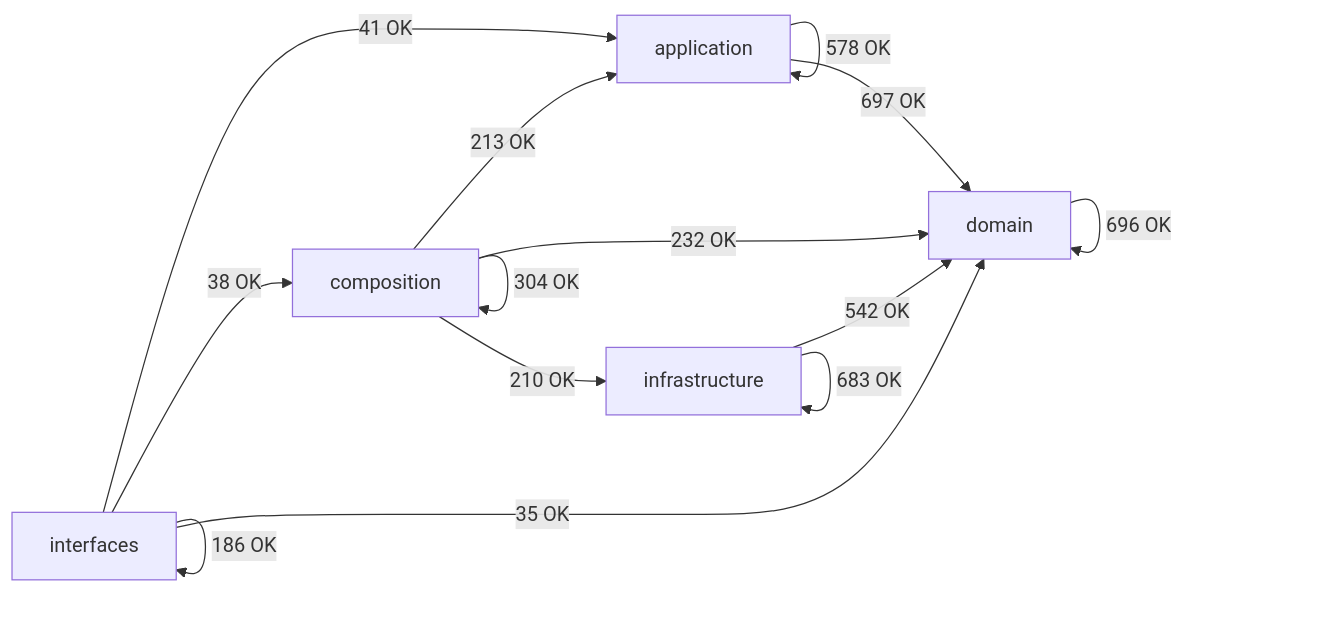
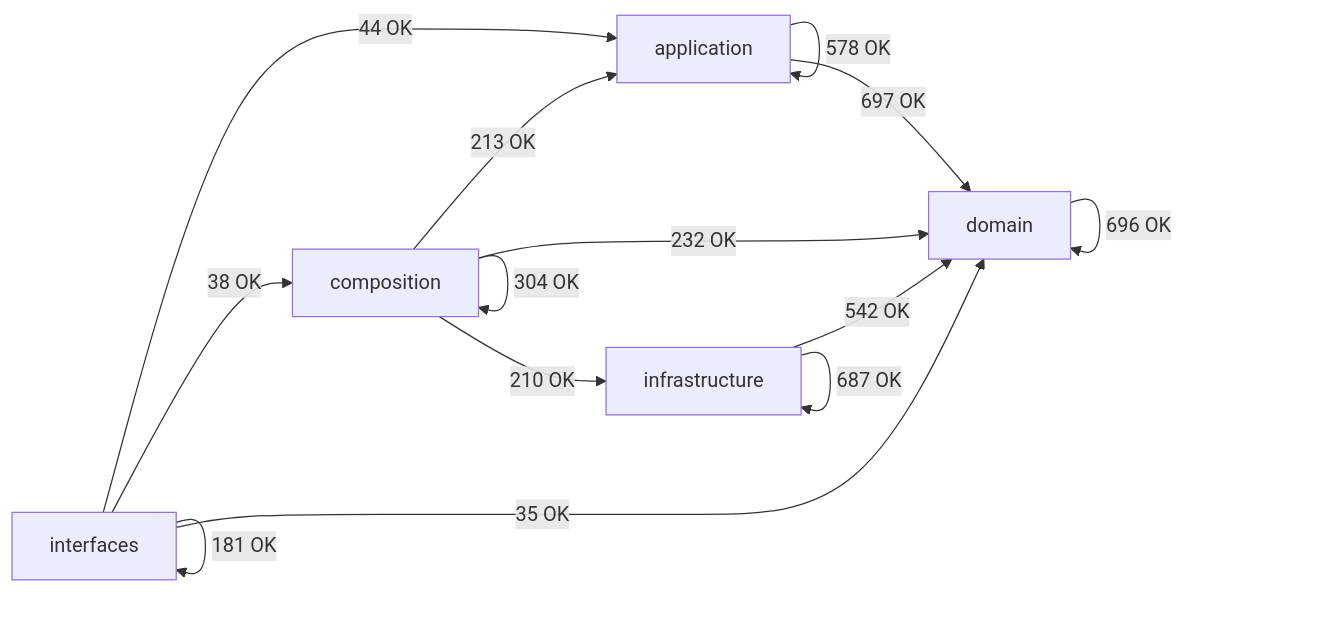
Before and after one commit to SatoryKono/BioactivityDataAcquisition: the diagram in docs/02-architecture/generated/module-dependency-map.md, drawn with Mermaid. The commit also changed other lines of this file and 114 other files, not shown here.

````diff
--- a/docs/02-architecture/generated/module-dependency-map.md
+++ b/docs/02-architecture/generated/module-dependency-map.md
@@ -16,21 +16,21 @@
 ```mermaid
 flowchart LR
     domain[domain]
     application[application]
     infrastructure[infrastructure]
     composition[composition]
     interfaces[interfaces]
     application -->|578 OK| application
     application -->|697 OK| domain
     composition -->|213 OK| application
     composition -->|304 OK| composition
     composition -->|232 OK| domain
     composition -->|210 OK| infrastructure
     domain -->|696 OK| domain
     infrastructure -->|542 OK| domain
-    infrastructure -->|683 OK| infrastructure
-    interfaces -->|41 OK| application
+    infrastructure -->|687 OK| infrastructure
+    interfaces -->|44 OK| application
     interfaces -->|38 OK| composition
     interfaces -->|35 OK| domain
-    interfaces -->|186 OK| interfaces
+    interfaces -->|181 OK| interfaces
 ```
````
